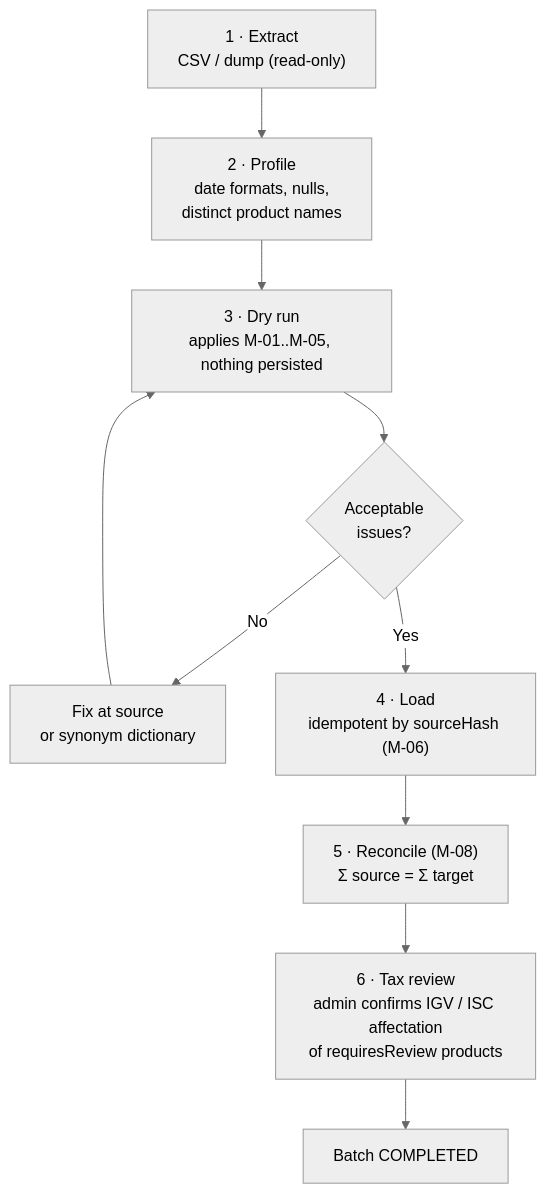
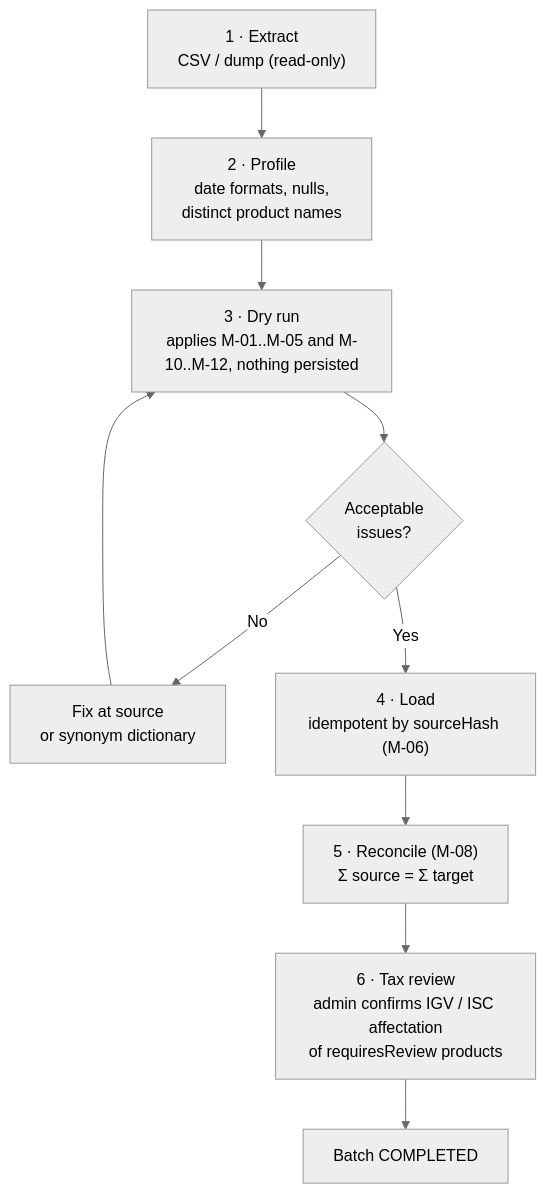
Before and after one commit to crissdav/medio-curso-davila: the second of 2 diagrams in docs/06-legacy-migration.md, drawn with Mermaid (neutral theme). The commit also changed other lines of this file and 48 other files, not shown here.

````diff
--- a/docs/06-legacy-migration.md
+++ b/docs/06-legacy-migration.md
@@ -52,11 +53,11 @@
 ```mermaid
 flowchart TB
     A["1 · Extract<br/>CSV / dump (read-only)"] --> B["2 · Profile<br/>date formats, nulls,<br/>distinct product names"]
-    B --> C["3 · Dry run<br/>applies M-01..M-05, nothing persisted"]
+    B --> C["3 · Dry run<br/>applies M-01..M-05 and M-10..M-12, nothing persisted"]
     C --> D{"Acceptable<br/>issues?"}
     D -- No --> E["Fix at source<br/>or synonym dictionary"] --> C
     D -- Yes --> F["4 · Load<br/>idempotent by sourceHash (M-06)"]
     F --> G["5 · Reconcile (M-08)<br/>Σ source = Σ target"]
     G --> H["6 · Tax review<br/>admin confirms IGV / ISC affectation<br/>of requiresReview products"]
     H --> I["Batch COMPLETED"]
 ```
````
